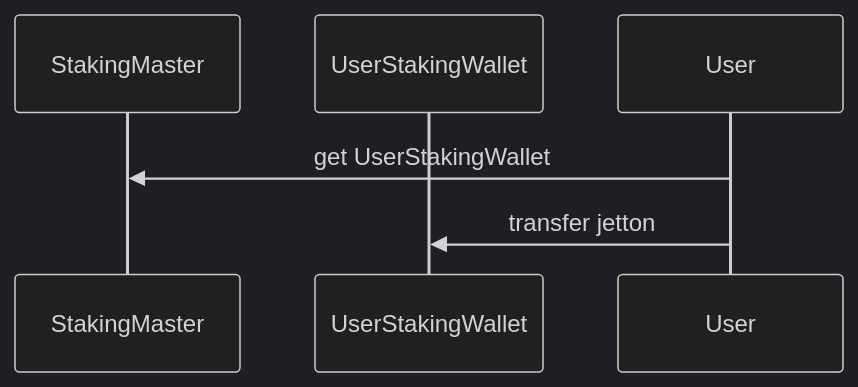
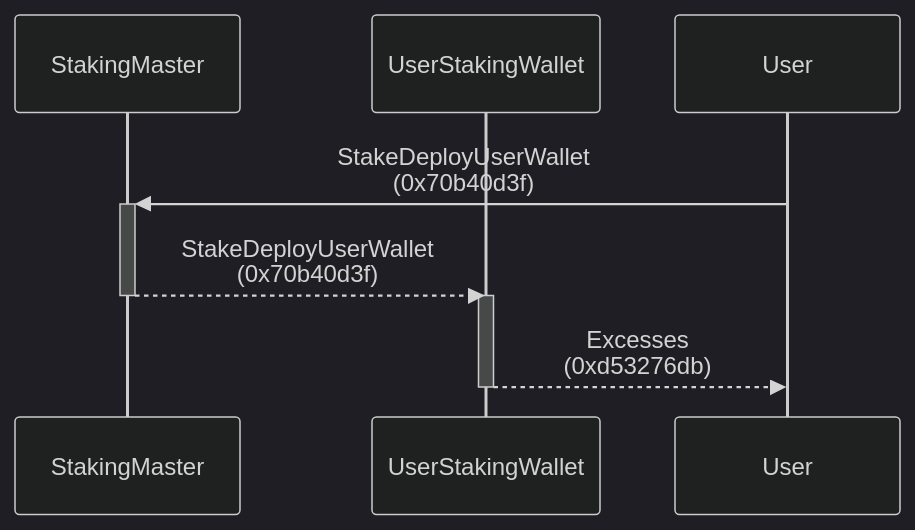
The second of 5 diagrams in contracts/staking/README.md (Laisky/tact-utils), drawn with Mermaid (dark theme) before and after one commit. The commit also changed other lines of this file and 23 other files, not shown here.

````diff
--- a/contracts/staking/README.md
+++ b/contracts/staking/README.md
@@ -7,9 +39,12 @@
 ```mermaid
 sequenceDiagram
     participant A as StakingMaster
     participant B as UserStakingWallet
     participant C as User
 
-    C ->> A: get UserStakingWallet
-    C ->> B: transfer jetton
+    C ->>+ A: StakeDeployUserWallet<BR />(0x70b40d3f)
+    A -->>- B: StakeDeployUserWallet<BR />(0x70b40d3f)
+    activate B
+    B -->>- C: Excesses<BR />(0xd53276db)
+
 ```
````
